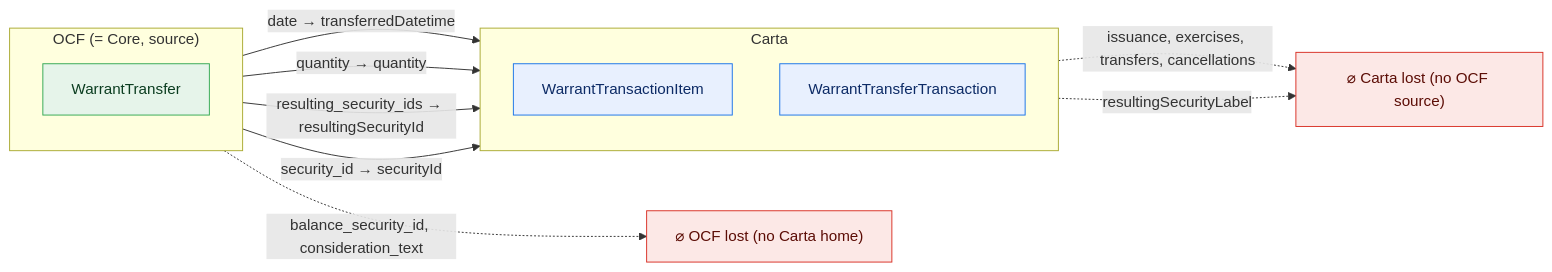
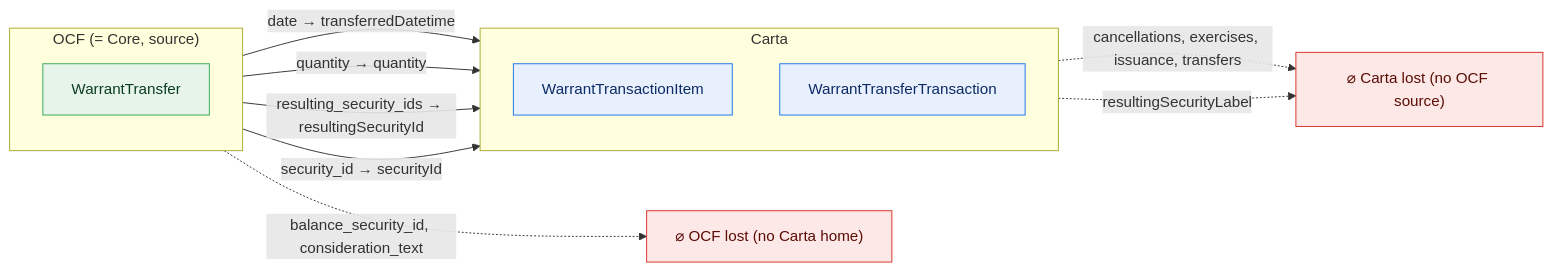
Before and after one commit to Open-Cap-Table-Coalition/OCF-Composed-Schemas: diagram 18 of 47 in docs/core-bidirectional-flow.md, drawn with Mermaid. The commit also changed other lines of this file and 7 other files, not shown here.

````diff
--- a/docs/core-bidirectional-flow.md
+++ b/docs/core-bidirectional-flow.md
@@ -575,25 +598,25 @@
 ```mermaid
 flowchart LR
   classDef adm fill:#e6f4ea,stroke:#34a853,color:#0b3d20;
   classDef notadm fill:#f1f3f4,stroke:#9aa0a6,color:#5f6368,stroke-dasharray:4 3;
   classDef carta fill:#e8f0fe,stroke:#1a73e8,color:#0d2b66;
   classDef lost fill:#fce8e6,stroke:#d93025,color:#5c0d06;
   subgraph SRC["OCF (= Core, source)"]
     direction TB
     o0["WarrantTransfer"]:::adm
   end
   subgraph TGT["Carta"]
     direction TB
     t0["WarrantTransactionItem"]:::carta
     t1["WarrantTransferTransaction"]:::carta
   end
   ocflost["⌀ OCF lost (no Carta home)"]:::lost
   cartalost["⌀ Carta lost (no OCF source)"]:::lost
   o0 -->|"date → transferredDatetime"| t1
   o0 -->|"quantity → quantity"| t1
   o0 -->|"resulting_security_ids → resultingSecurityId"| t1
   o0 -->|"security_id → securityId"| t0
   o0 -.->|"balance_security_id, consideration_text"| ocflost
-  t0 -.->|"issuance, exercises, transfers, cancellations"| cartalost
+  t0 -.->|"cancellations, exercises, issuance, transfers"| cartalost
   t1 -.->|"resultingSecurityLabel"| cartalost
 ```
````
